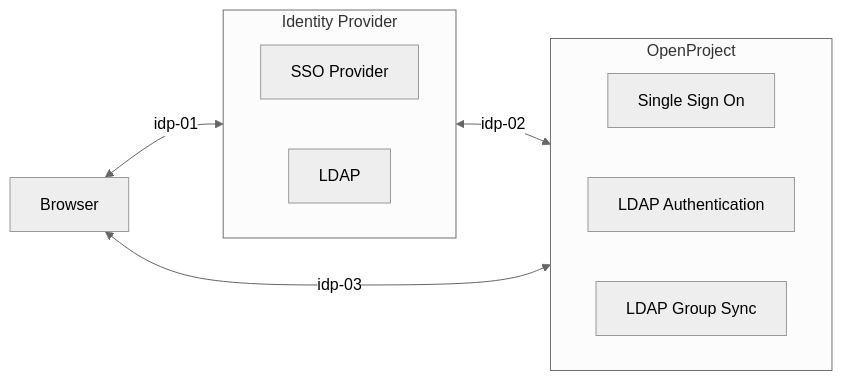
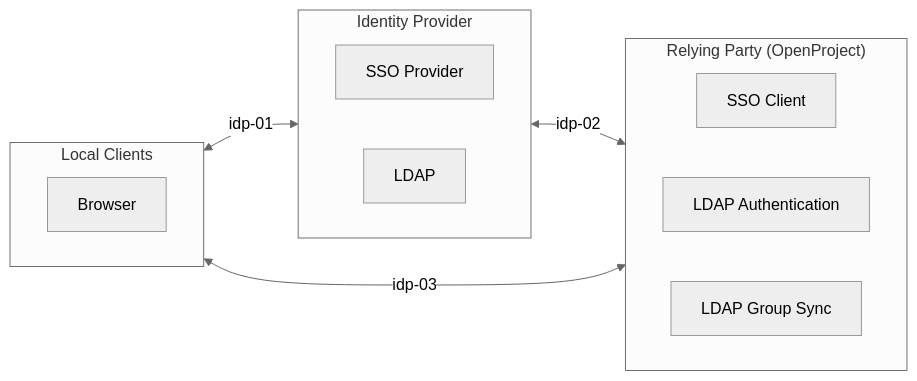
One commit to opf/openproject changed the second of 6 diagrams in docs/development/data-flow/README.md. Above: the diagram before and after it, drawn with Mermaid. The commit also changed other lines of this file, not shown here.

````diff
--- a/docs/development/data-flow/README.md
+++ b/docs/development/data-flow/README.md
@@ -207,25 +207,28 @@
 ```mermaid
 %%{init: {'theme':'neutral'}}%%
 flowchart LR
   Browser <-->|idp-01| IDP
   IDP <-->|idp-02| openproject[OpenProject]
   Browser <-->|idp-03| openproject
   
   subgraph IDP[Identity Provider]
    direction LR
   	ssoprovider[SSO Provider]
   	LDAP
   
   end
   
-  subgraph openproject[OpenProject]
+  subgraph openproject["Relying Party (OpenProject) "]
    direction LR
-  	sso[Single Sign On]
+  	ssoclient[SSO Client]
   	ldapauthentication[LDAP Authentication]
   	ldapgroupsync[LDAP Group Sync]
   	
 	end
 
-  
+  subgraph localclients[Local Clients]
+   direction LR
+  	Browser
+  	end
   
 ```
````
